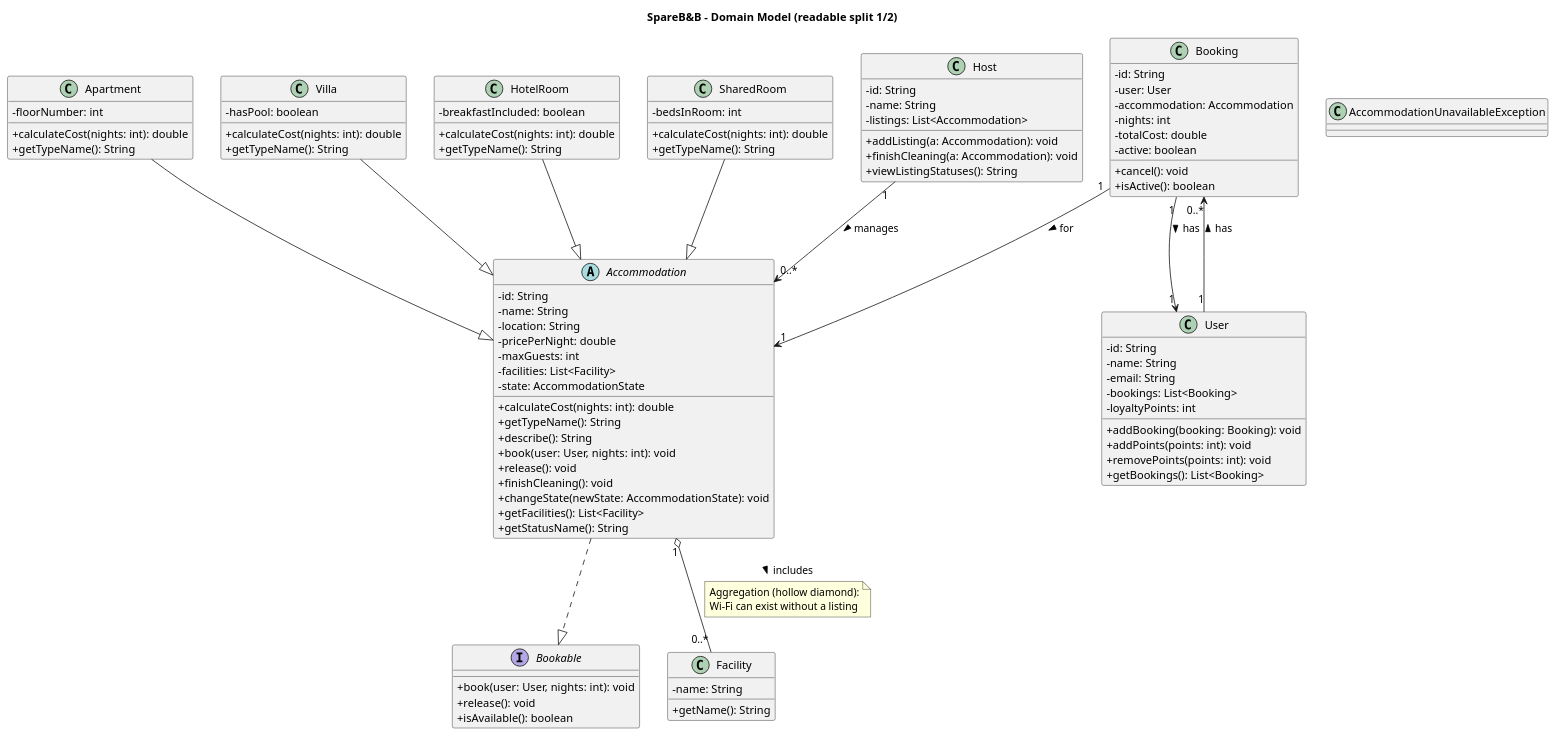
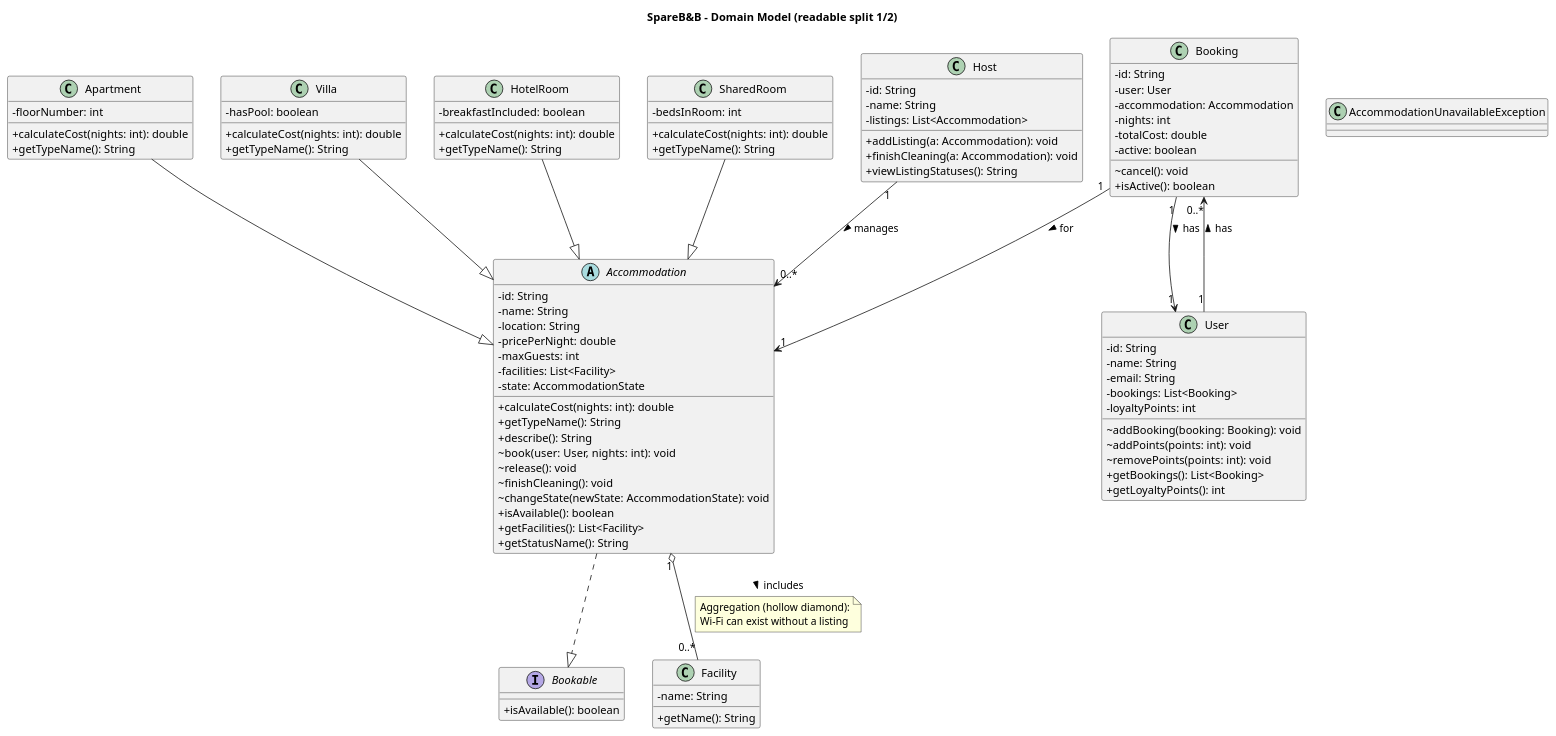
The diagram in diagrams/class-model.puml (GLIDARTs/software_modeling), drawn with PlantUML before and after one commit. The commit also changed 32 other files, not shown here.

First line of the commit message:
Harden encapsulation and refresh UML exports for Sprint 1-2.

```diff
--- a/diagrams/class-model.puml
+++ b/diagrams/class-model.puml
@@ -1,111 +1,111 @@
 @startuml SpareBnB_Class_Model
 skinparam classAttributeIconSize 0
 title SpareB&B - Domain Model (readable split 1/2)
 
 interface Bookable {
-  + book(user: User, nights: int): void
-  + release(): void
   + isAvailable(): boolean
 }
 
 abstract class Accommodation {
   - id: String
   - name: String
   - location: String
   - pricePerNight: double
   - maxGuests: int
   - facilities: List<Facility>
   - state: AccommodationState
   + calculateCost(nights: int): double
   + getTypeName(): String
   + describe(): String
-  + book(user: User, nights: int): void
-  + release(): void
-  + finishCleaning(): void
-  + changeState(newState: AccommodationState): void
+  ~ book(user: User, nights: int): void
+  ~ release(): void
+  ~ finishCleaning(): void
+  ~ changeState(newState: AccommodationState): void
+  + isAvailable(): boolean
   + getFacilities(): List<Facility>
   + getStatusName(): String
 }
 
 class Apartment {
   - floorNumber: int
   + calculateCost(nights: int): double
   + getTypeName(): String
 }
 
 class Villa {
   - hasPool: boolean
   + calculateCost(nights: int): double
   + getTypeName(): String
 }
 
 class HotelRoom {
   - breakfastIncluded: boolean
   + calculateCost(nights: int): double
   + getTypeName(): String
 }
 
 class SharedRoom {
   - bedsInRoom: int
   + calculateCost(nights: int): double
   + getTypeName(): String
 }
 
 class Facility {
   - name: String
   + getName(): String
 }
 
 class User {
   - id: String
   - name: String
   - email: String
   - bookings: List<Booking>
   - loyaltyPoints: int
-  + addBooking(booking: Booking): void
-  + addPoints(points: int): void
-  + removePoints(points: int): void
+  ~ addBooking(booking: Booking): void
+  ~ addPoints(points: int): void
+  ~ removePoints(points: int): void
   + getBookings(): List<Booking>
+  + getLoyaltyPoints(): int
 }
 
 class Host {
   - id: String
   - name: String
   - listings: List<Accommodation>
   + addListing(a: Accommodation): void
   + finishCleaning(a: Accommodation): void
   + viewListingStatuses(): String
 }
 
 class Booking {
   - id: String
   - user: User
   - accommodation: Accommodation
   - nights: int
   - totalCost: double
   - active: boolean
-  + cancel(): void
+  ~ cancel(): void
   + isActive(): boolean
 }
 
 class AccommodationUnavailableException
 
 Accommodation ..|> Bookable
 Apartment --|> Accommodation
 Villa --|> Accommodation
 HotelRoom --|> Accommodation
 SharedRoom --|> Accommodation
 
 ' AGGREGATION (hollow diamond): Facility can exist independently
 Accommodation "1" o-- "0..*" Facility : includes >
 note on link
   Aggregation (hollow diamond):
   Wi-Fi can exist without a listing
 end note
 
 Booking "1" --> "1" User : has >
 Booking "1" --> "1" Accommodation : for >
 User "1" --> "0..*" Booking : has >
 Host "1" --> "0..*" Accommodation : manages >
 
 @enduml
```
